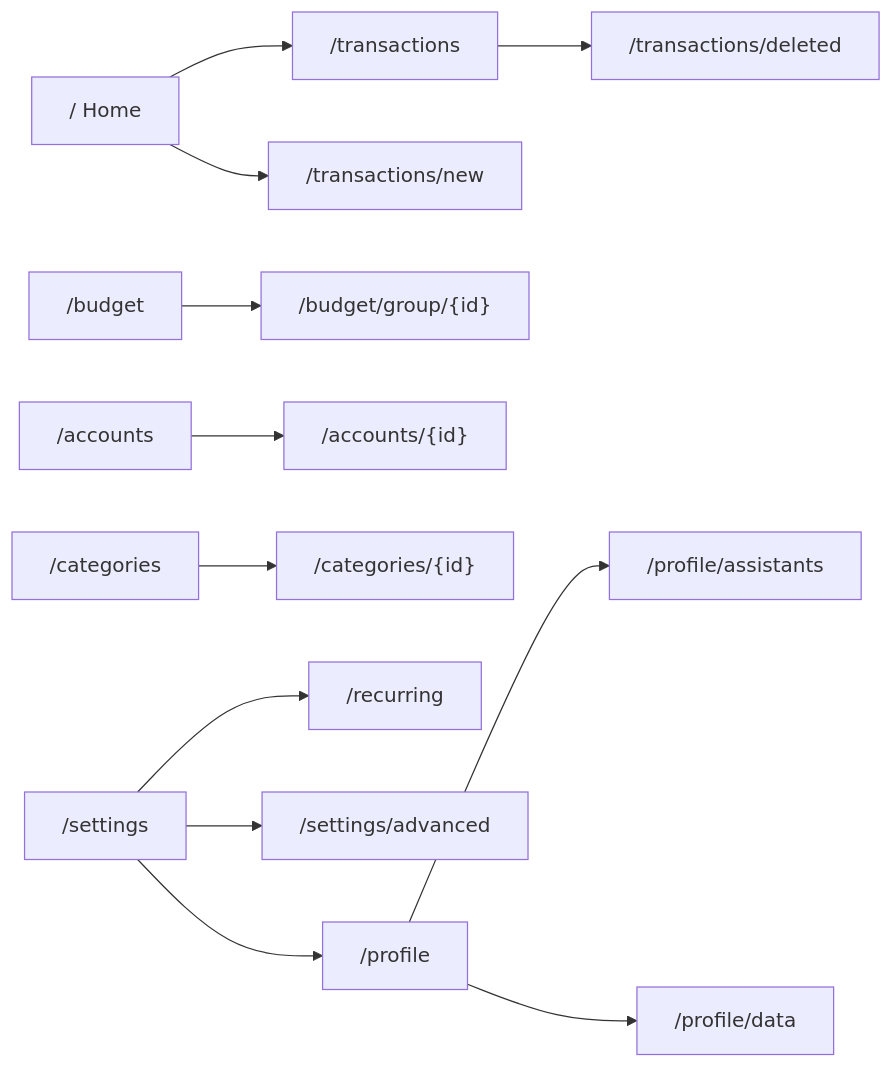
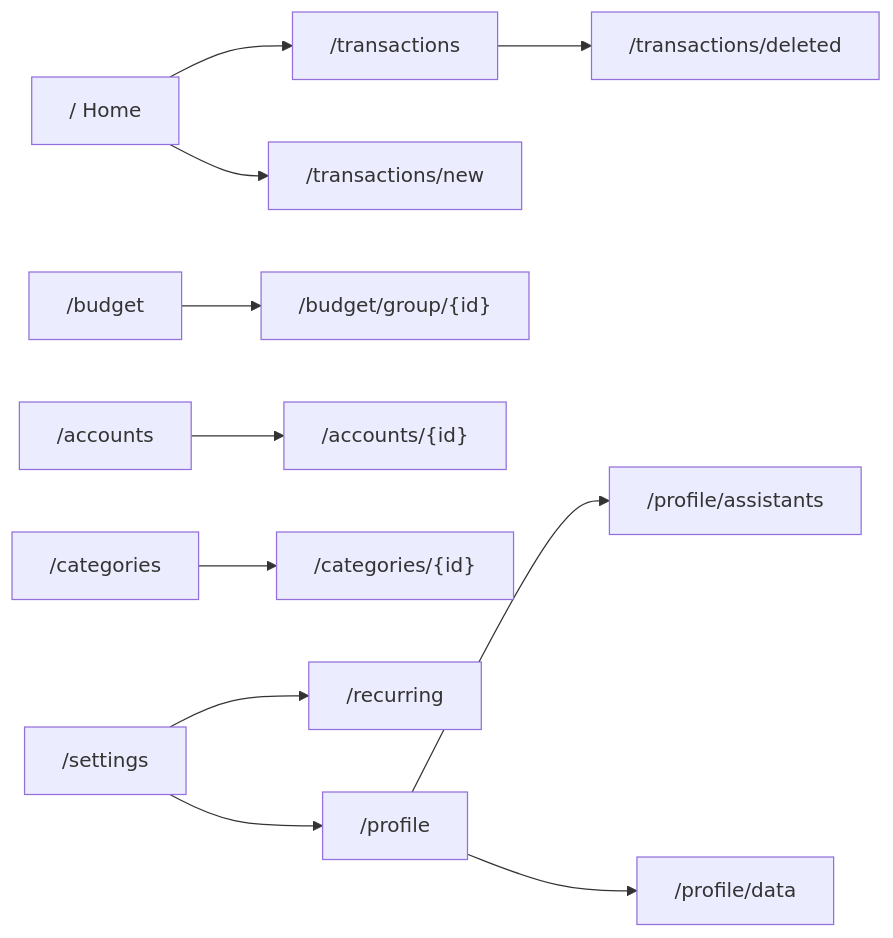
The diagram in docs/architecture/web-ui.md (bijeshmohan/finode), drawn with Mermaid before and after one commit. The commit also changed other lines of this file and 41 other files, not shown here.

Commit message:
Settings polish: titled page in grouped tiles, values beside the chevron, sign out as a row, tidy data and assistants pages; remove the Advanced switch (period lock in Your data)

````diff
--- a/docs/architecture/web-ui.md
+++ b/docs/architecture/web-ui.md
@@ -21,14 +21,13 @@
 ```mermaid
 flowchart LR
     Home["/ Home"] --> Tx["/transactions"]
     Home --> New["/transactions/new"]
     Budget["/budget"] --> Grp["/budget/group/{id}"]
     Accounts["/accounts"] --> Acc["/accounts/{id}"]
     Cats["/categories"] --> Cat["/categories/{id}"]
     Settings["/settings"] --> Rec["/recurring"]
-    Settings --> Adv["/settings/advanced"]
     Settings --> Prof["/profile"]
     Prof --> Ass["/profile/assistants"]
     Prof --> Dat["/profile/data"]
     Tx --> Del["/transactions/deleted"]
 ```
````
